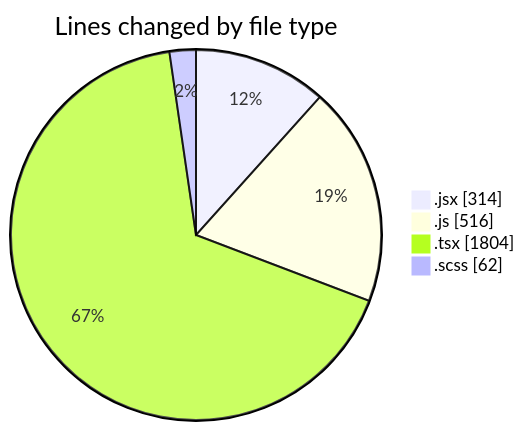
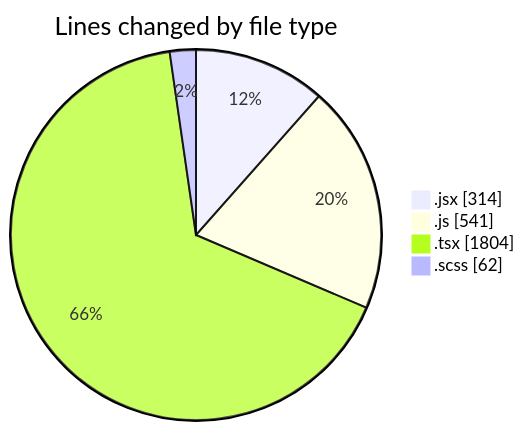
One commit to momahboobian/code-tracking changed the first of 2 diagrams in 2026-02-12/cda/README.md. Above: the diagram before and after it, drawn with Mermaid. The commit also changed other lines of this file and 1 other file, not shown here.

````diff
--- a/2026-02-12/cda/README.md
+++ b/2026-02-12/cda/README.md
@@ -27,8 +27,8 @@
 ```mermaid
 pie showData
 title Lines changed by file type
 ".jsx" : 314
-".js" : 516
+".js" : 541
 ".tsx" : 1804
 ".scss" : 62
 ```
````
